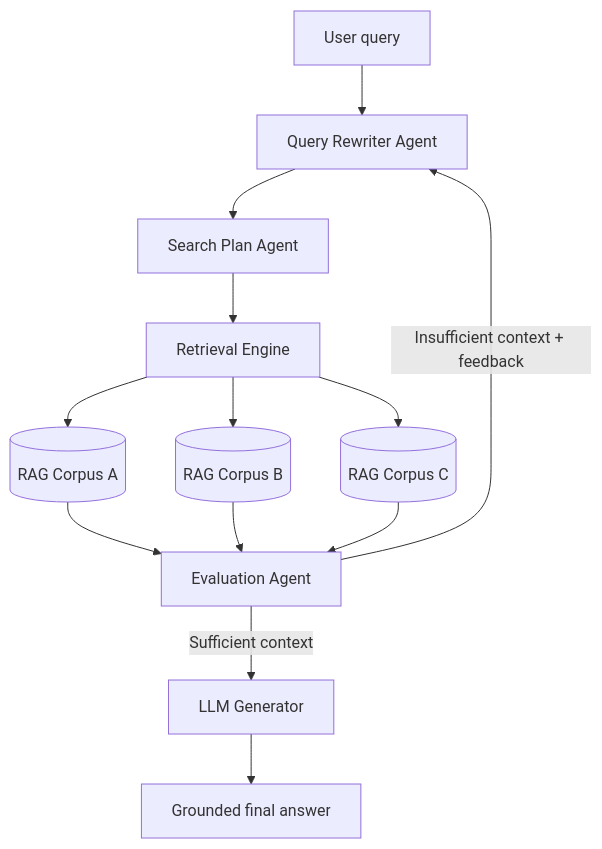
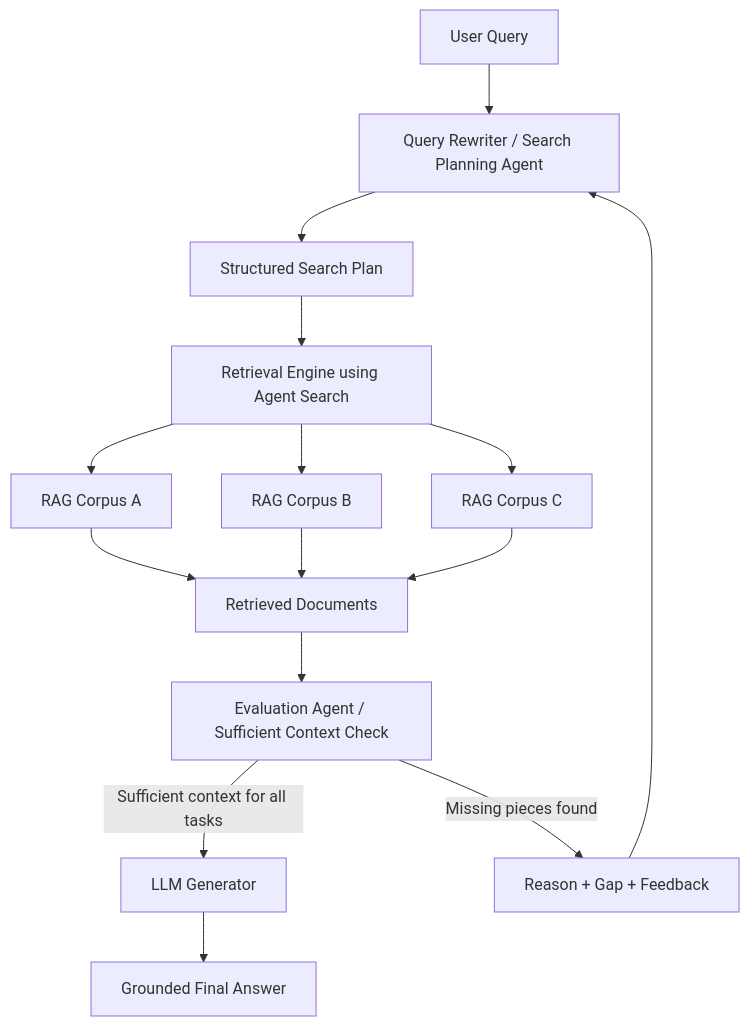
The diagram in README.md (RayenFekih/agent-rag-cross-corpus-retrieval), drawn with Mermaid before and after one commit. The commit also changed other lines of this file and 5 other files, not shown here.

````diff
--- a/README.md
+++ b/README.md
@@ -15,15 +13,22 @@
 ```mermaid
 flowchart TD
-    U[User query] --> QR[Query Rewriter Agent]
-    QR --> SP[Search Plan Agent]
-    SP --> RE[Retrieval Engine]
-    RE --> CA[(RAG Corpus A)]
-    RE --> CB[(RAG Corpus B)]
-    RE --> CC[(RAG Corpus C)]
-    CA --> EA[Evaluation Agent]
-    CB --> EA
-    CC --> EA
-    EA -->|Sufficient context| LG[LLM Generator]
-    LG --> A[Grounded final answer]
-    EA -->|Insufficient context + feedback| QR
+    A[User Query] --> B[Query Rewriter / Search Planning Agent]
+    B --> C[Structured Search Plan]
+    C --> D[Retrieval Engine using Agent Search]
+
+    D --> E1[RAG Corpus A]
+    D --> E2[RAG Corpus B]
+    D --> E3[RAG Corpus C]
+
+    E1 --> F[Retrieved Documents]
+    E2 --> F
+    E3 --> F
+
+    F --> G[Evaluation Agent / Sufficient Context Check]
+
+    G -->|Sufficient context for all tasks| H[LLM Generator]
+    H --> I[Grounded Final Answer]
+
+    G -->|Missing pieces found| J[Reason + Gap + Feedback]
+    J --> B
 ```
````
